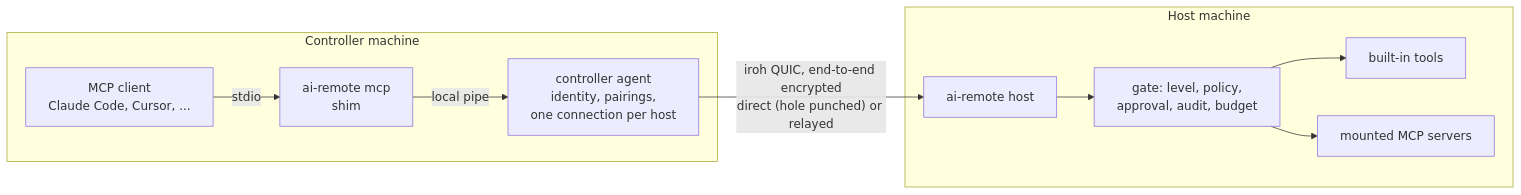
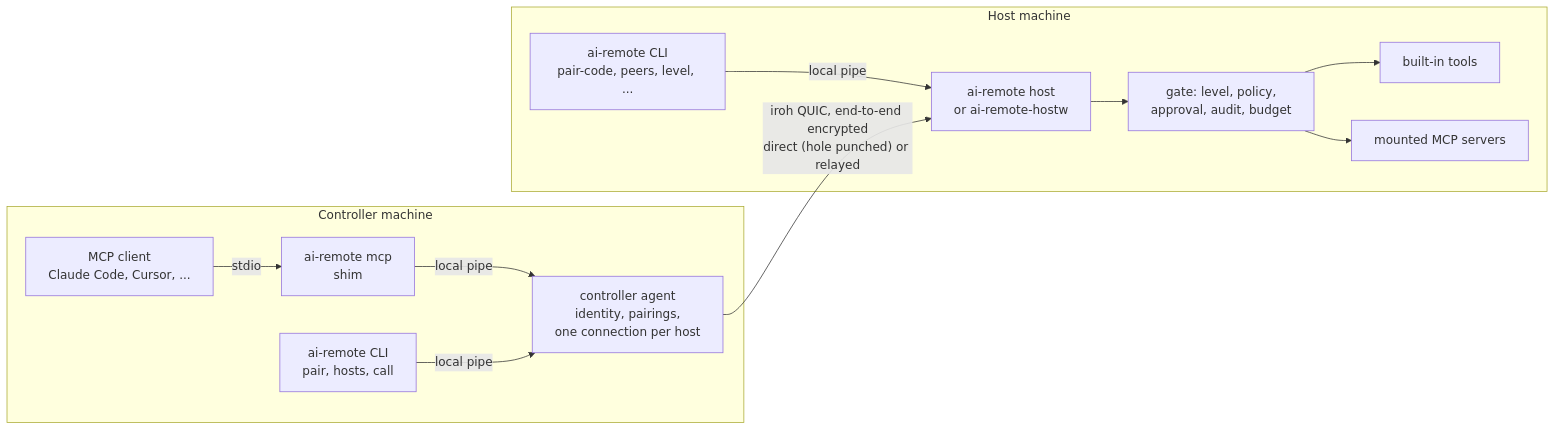
Before and after one commit to JIA-ss/ai-remote: the diagram in docs/architecture.md, drawn with Mermaid. The commit also changed other lines of this file and 1 other file, not shown here.

````diff
--- a/docs/architecture.md
+++ b/docs/architecture.md
@@ -38,13 +43,15 @@
 ```mermaid
 flowchart LR
   subgraph Controller machine
     A[MCP client<br/>Claude Code, Cursor, ...] -- stdio --> S[ai-remote mcp<br/>shim]
     S -- local pipe --> G[controller agent<br/>identity, pairings,<br/>one connection per host]
+    CC[ai-remote CLI<br/>pair, hosts, call] -- local pipe --> G
   end
   subgraph Host machine
-    H[ai-remote host] --> GATE[gate: level, policy,<br/>approval, audit, budget]
+    HC[ai-remote CLI<br/>pair-code, peers, level, ...] -- local pipe --> H
+    H[ai-remote host<br/>or ai-remote-hostw] --> GATE[gate: level, policy,<br/>approval, audit, budget]
     GATE --> T[built-in tools]
     GATE --> M[mounted MCP servers]
   end
   G -- "iroh QUIC, end-to-end encrypted<br/>direct (hole punched) or relayed" --> H
 ```
````
